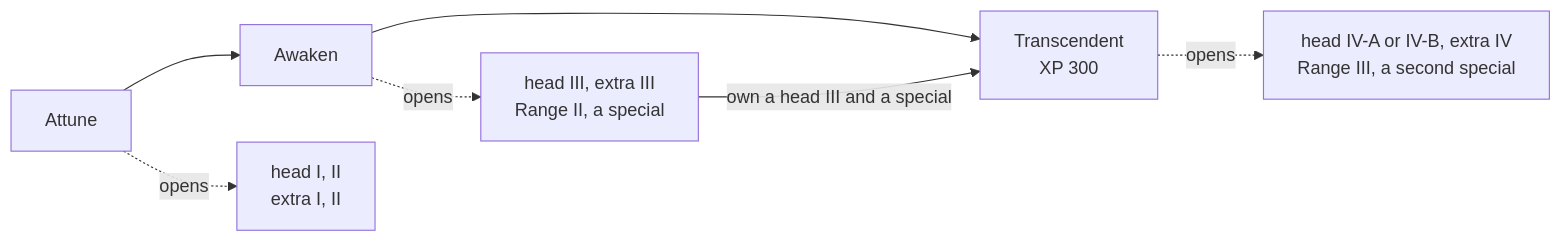
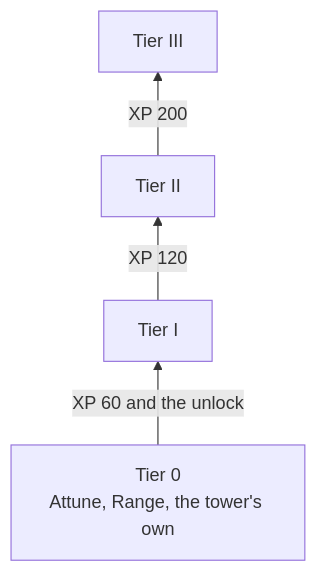
One commit to bicanjirka/jtd changed the diagram in README.md. Above: the diagram before and after it, drawn with Mermaid. The commit also changed other lines of this file and 7 other files, not shown here.

````diff
--- a/README.md
+++ b/README.md
@@ -217,8 +218,6 @@
 ```mermaid
-flowchart LR
-    attune[Attune] --> awaken[Awaken] --> trans[Transcendent<br/>XP 300]
-    attune -.opens.-> o1[head I, II<br/>extra I, II]
-    awaken -.opens.-> o2[head III, extra III<br/>Range II, a special]
-    o2 -->|own a head III and a special| trans
-    trans -.opens.-> o3[head IV-A or IV-B, extra IV<br/>Range III, a second special]
+flowchart BT
+    t0[Tier 0<br/>Attune, Range, the tower's own] -->|XP 60 and the unlock| t1[Tier I]
+    t1 -->|XP 120| t2[Tier II]
+    t2 -->|XP 200| t3[Tier III]
 ```
````
